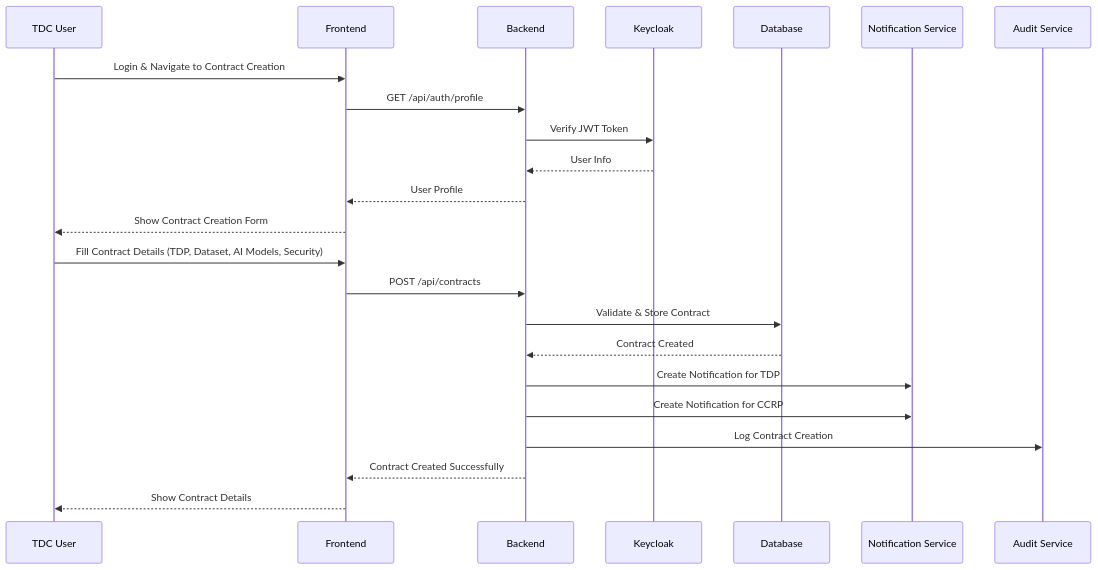
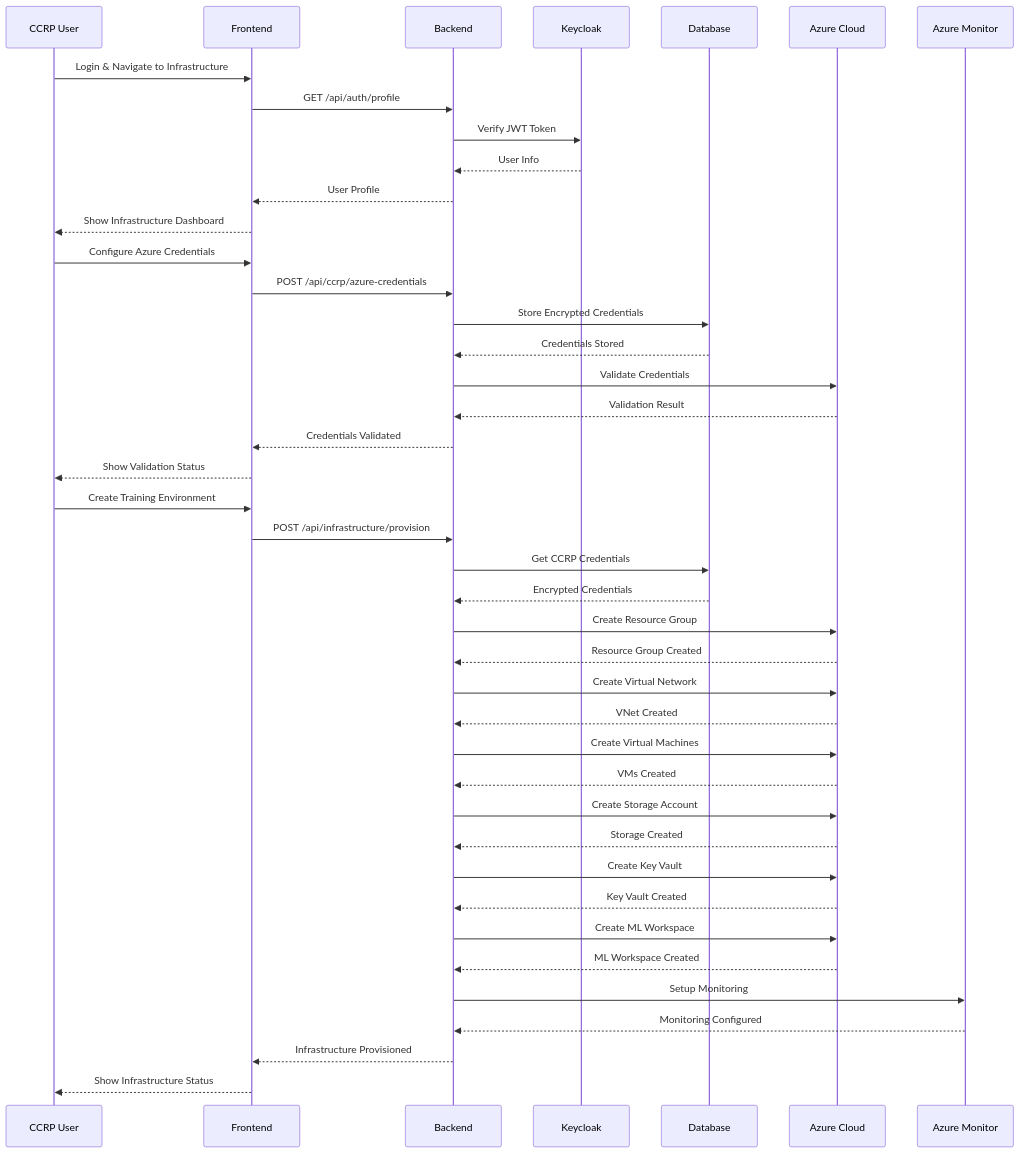
Before and after one commit to gitmujoshi/Confidential-AI-Network: the fifth of 12 diagrams in UML_4PLUS1_ARCHITECTURE_DOCUMENTATION.md, drawn with Mermaid. The commit also changed other lines of this file and 2 other files, not shown here.

First line of the commit message:
docs: Update architecture documentation with Azure integration features

````diff
--- a/UML_4PLUS1_ARCHITECTURE_DOCUMENTATION.md
+++ b/UML_4PLUS1_ARCHITECTURE_DOCUMENTATION.md
@@ -363,27 +434,47 @@
 ```mermaid
 sequenceDiagram
-    participant TDC as TDC User
+    participant CCRP as CCRP User
     participant FE as Frontend
     participant BE as Backend
     participant KC as Keycloak
     participant DB as Database
-    participant NS as Notification Service
-    participant AUD as Audit Service
+    participant Azure as Azure Cloud
+    participant Monitor as Azure Monitor
 
-    TDC->>FE: Login & Navigate to Contract Creation
+    CCRP->>FE: Login & Navigate to Infrastructure
     FE->>BE: GET /api/auth/profile
     BE->>KC: Verify JWT Token
     KC-->>BE: User Info
     BE-->>FE: User Profile
-    FE-->>TDC: Show Contract Creation Form
+    FE-->>CCRP: Show Infrastructure Dashboard
     
-    TDC->>FE: Fill Contract Details (TDP, Dataset, AI Models, Security)
-    FE->>BE: POST /api/contracts
-    BE->>DB: Validate & Store Contract
-    DB-->>BE: Contract Created
-    BE->>NS: Create Notification for TDP
-    BE->>NS: Create Notification for CCRP
-    BE->>AUD: Log Contract Creation
-    BE-->>FE: Contract Created Successfully
-    FE-->>TDC: Show Contract Details
+    CCRP->>FE: Configure Azure Credentials
+    FE->>BE: POST /api/ccrp/azure-credentials
+    BE->>DB: Store Encrypted Credentials
+    DB-->>BE: Credentials Stored
+    BE->>Azure: Validate Credentials
+    Azure-->>BE: Validation Result
+    BE-->>FE: Credentials Validated
+    FE-->>CCRP: Show Validation Status
+    
+    CCRP->>FE: Create Training Environment
+    FE->>BE: POST /api/infrastructure/provision
+    BE->>DB: Get CCRP Credentials
+    DB-->>BE: Encrypted Credentials
+    BE->>Azure: Create Resource Group
+    Azure-->>BE: Resource Group Created
+    BE->>Azure: Create Virtual Network
+    Azure-->>BE: VNet Created
+    BE->>Azure: Create Virtual Machines
+    Azure-->>BE: VMs Created
+    BE->>Azure: Create Storage Account
+    Azure-->>BE: Storage Created
+    BE->>Azure: Create Key Vault
+    Azure-->>BE: Key Vault Created
+    BE->>Azure: Create ML Workspace
+    Azure-->>BE: ML Workspace Created
+    BE->>Monitor: Setup Monitoring
+    Monitor-->>BE: Monitoring Configured
+    BE-->>FE: Infrastructure Provisioned
+    FE-->>CCRP: Show Infrastructure Status
 ```
````
